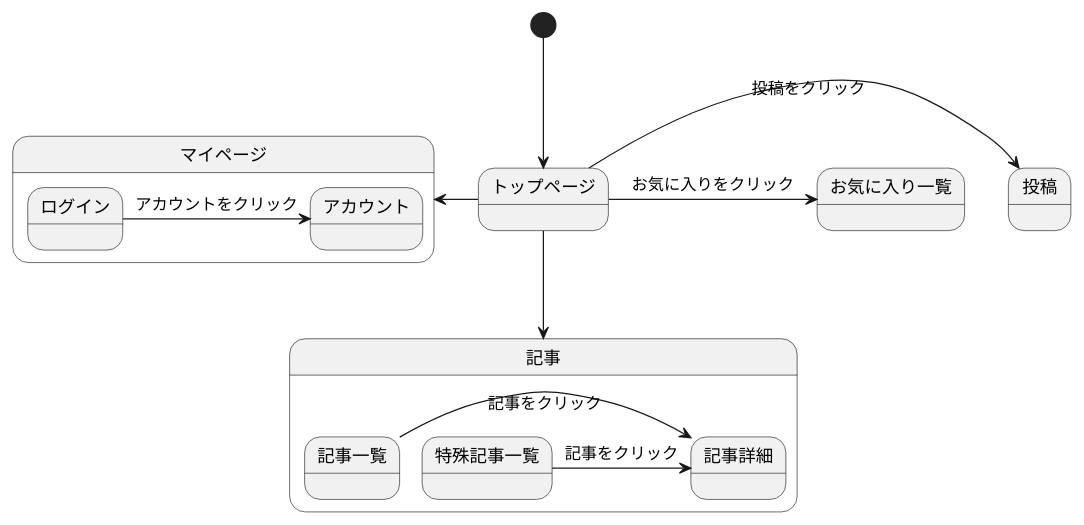
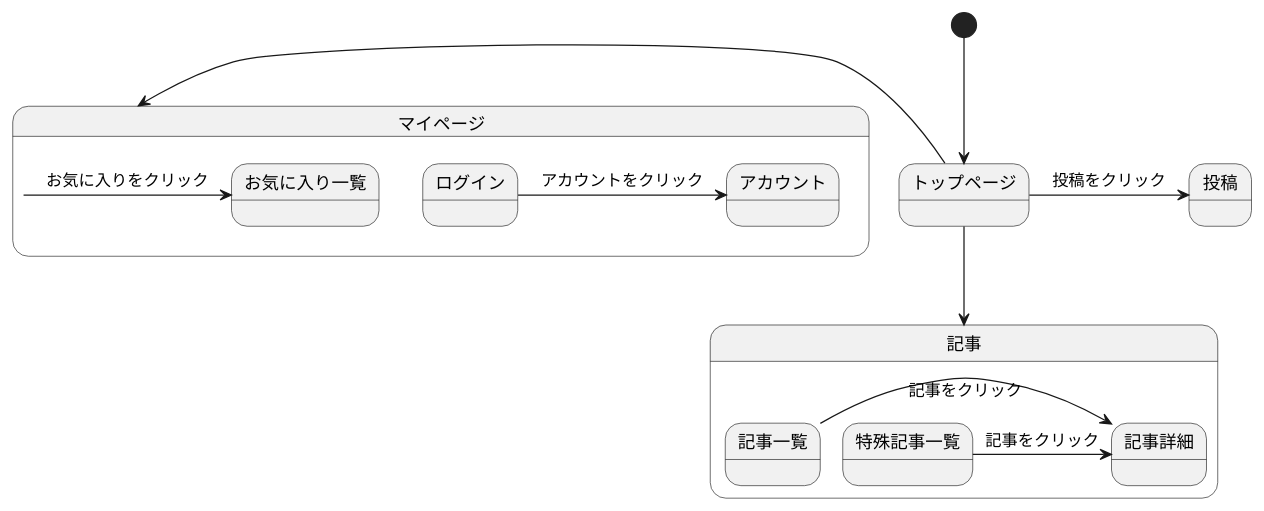
One commit to Aso2001001/2022System changed the diagram in 後期画面遷移.md. Above: the diagram before and after it, drawn with PlantUML.

````diff
--- a/後期画面遷移.md
+++ b/後期画面遷移.md
@@ -1,33 +1,32 @@
 ```uml
 @startuml
 [*] --> トップページ
 
 state 記事{
 記事一覧 -> 記事詳細 : 記事をクリック
 特殊記事一覧 -> 記事詳細 : 記事をクリック
 }
 
 state マイページ{
-
 ログイン -> アカウント : アカウントをクリック
-
+マイページ -> お気に入り一覧 : お気に入りをクリック
 }
 
 トップページ -down-> 記事
 トップページ -left-> マイページ
 
 
 
 
 トップページ -> 投稿 : 投稿をクリック
-トップページ -> お気に入り一覧 : お気に入りをクリック
+
 
 
 
 
 
 
 
 
 @enduml
 ```
````
